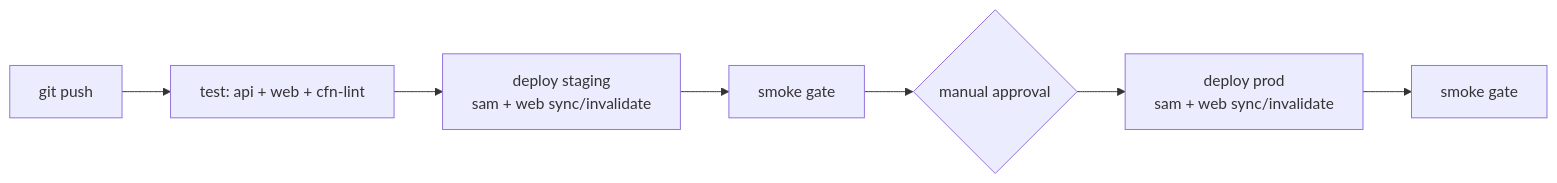
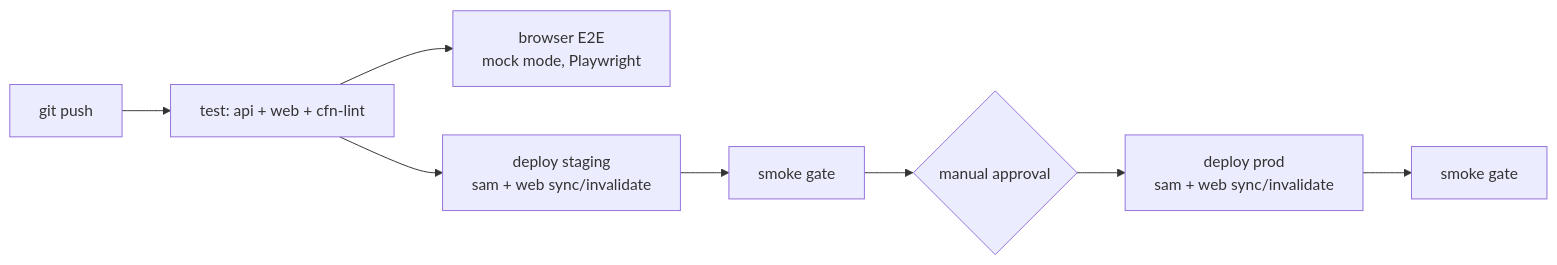
The second of 2 diagrams in README.md (p1tap/toolshare-aws), drawn with Mermaid before and after one commit. The commit also changed other lines of this file and 7 other files, not shown here.

First line of the commit message:
Add a Playwright browser E2E suite for the web app

````diff
--- a/README.md
+++ b/README.md
@@ -75,9 +75,10 @@
 ```mermaid
 flowchart LR
     Push[git push] --> Test[test: api + web + cfn-lint]
+    Test --> E2E[browser E2E<br/>mock mode, Playwright]
     Test --> DeployStaging[deploy staging<br/>sam + web sync/invalidate]
     DeployStaging --> SmokeStaging[smoke gate]
     SmokeStaging --> Approval{manual approval}
     Approval --> DeployProd[deploy prod<br/>sam + web sync/invalidate]
     DeployProd --> SmokeProd[smoke gate]
 ```
````
